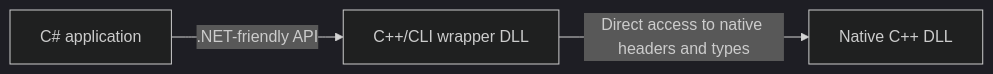
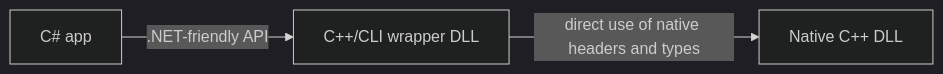
One commit to gomurin0428/KomuraSoftWeb changed the diagram in _posts/2026-03-07-000-cpp-cli-wrapper-for-native-dlls-en.md. Above: the diagram before and after it, drawn with Mermaid (dark theme). The commit also changed other lines of this file and 4 other files, not shown here.

````diff
--- a/_posts/2026-03-07-000-cpp-cli-wrapper-for-native-dlls-en.md
+++ b/_posts/2026-03-07-000-cpp-cli-wrapper-for-native-dlls-en.md
@@ -82,5 +121,5 @@
 ```mermaid
 flowchart LR
-    Cs["C# application"] -->|.NET-friendly API| Wrapper["C++/CLI wrapper DLL"]
-    Wrapper -->|Direct access to native headers and types| Native["Native C++ DLL"]
+    Cs["C# app"] -->|.NET-friendly API| Wrapper["C++/CLI wrapper DLL"]
+    Wrapper -->|direct use of native headers and types| Native["Native C++ DLL"]
 ```
````
